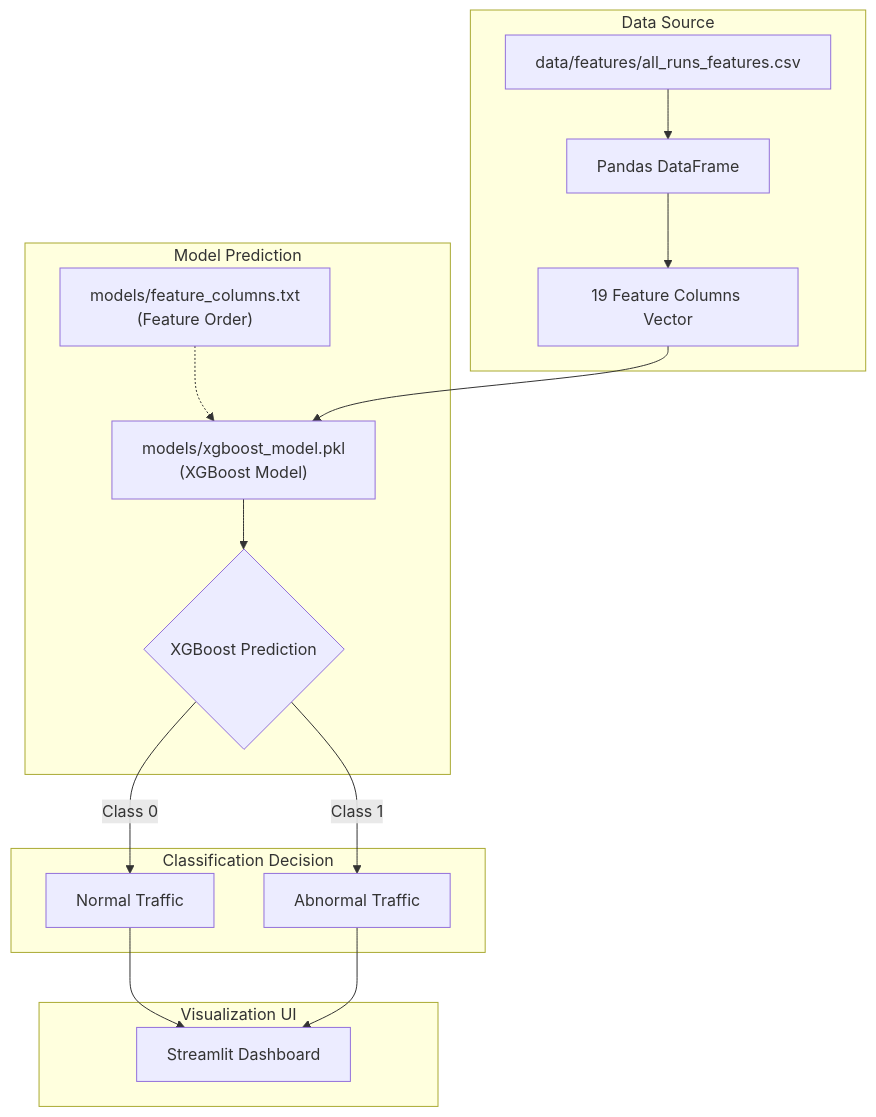
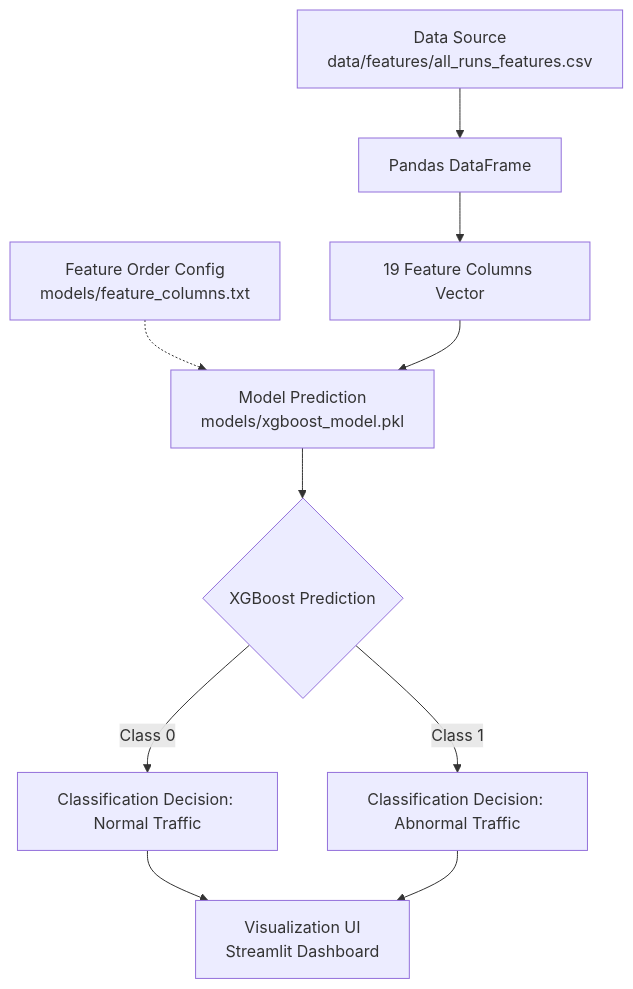
One commit to Chinmayanand03/5G-Network-Anomaly-Detection-Using-XGBoost-Based-Telemetry-Analysis changed the fifth of 6 diagrams in README (1).md. Above: the diagram before and after it, drawn with Mermaid. The commit also changed other lines of this file and 1 other file, not shown here.

Commit message:
Replace subgraph columns with clean centered single-flow diagrams

````diff
--- a/README (1).md
+++ b/README (1).md
@@ -359,27 +352,15 @@
 ```mermaid
 flowchart TD
-    subgraph DataInput ["Data Source"]
-        A["data/features/all_runs_features.csv"] --> B["Pandas DataFrame"]
-        B --> C["19 Feature Columns Vector"]
-    end
+    A["Data Source<br/>data/features/all_runs_features.csv"] --> B["Pandas DataFrame"]
+    B --> C["19 Feature Columns Vector"]
 
-    subgraph ModelInference ["Model Prediction"]
-        D["models/feature_columns.txt<br/>(Feature Order)"] -.-> E["models/xgboost_model.pkl<br/>(XGBoost Model)"]
-        E --> F{"XGBoost Prediction"}
-    end
+    D["Feature Order Config<br/>models/feature_columns.txt"] -.-> E["Model Prediction<br/>models/xgboost_model.pkl"]
+    C --> E
+    E --> F{"XGBoost Prediction"}
 
-    subgraph ClassOutput ["Classification Decision"]
-        G["Normal Traffic"]
-        H["Abnormal Traffic"]
-    end
+    F -->|Class 0| G["Classification Decision: Normal Traffic"]
+    F -->|Class 1| H["Classification Decision: Abnormal Traffic"]
 
-    subgraph DashboardView ["Visualization UI"]
-        I["Streamlit Dashboard"]
-    end
-
-    C --> E
-    F -->|Class 0| G
-    F -->|Class 1| H
-    G --> I
+    G --> I["Visualization UI<br/>Streamlit Dashboard"]
     H --> I
 ```
````
